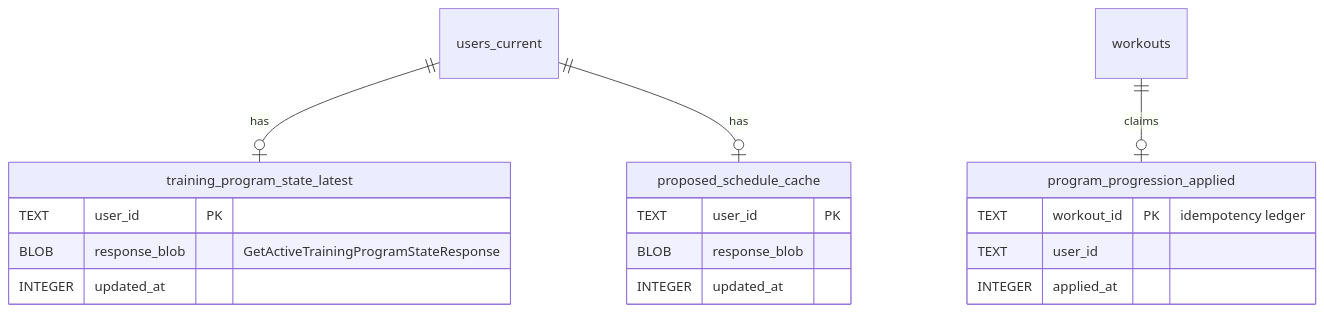
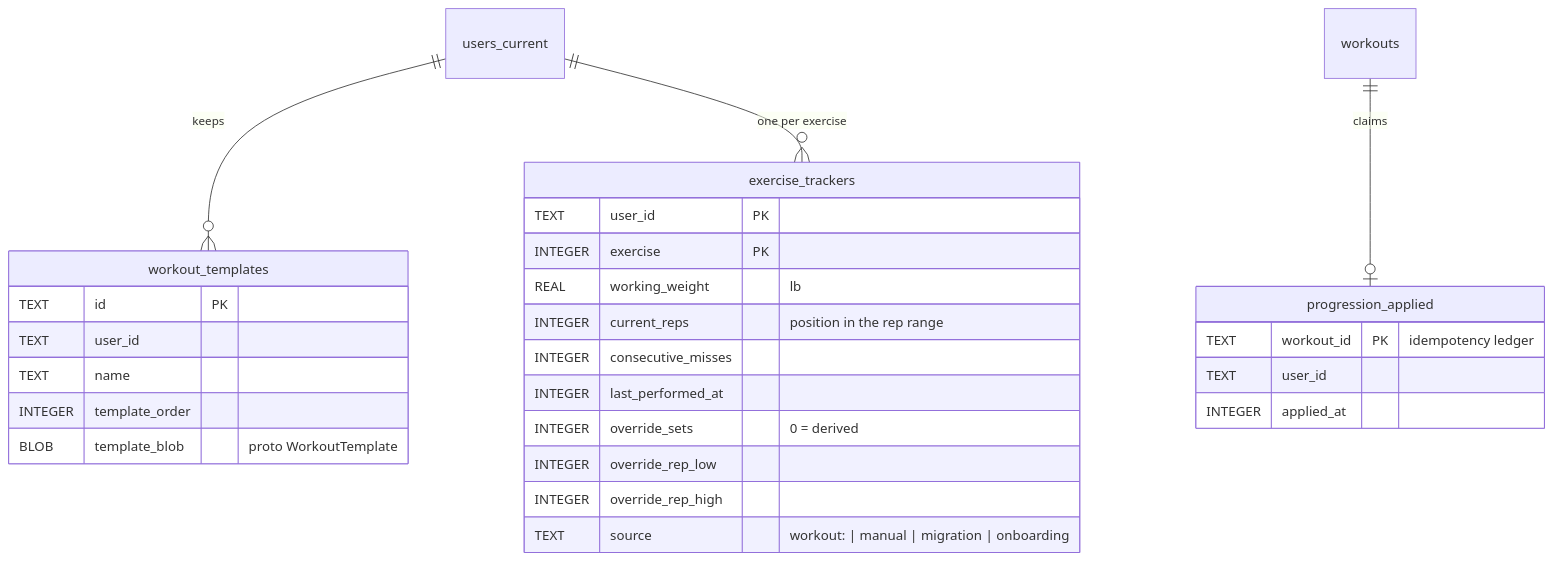
The fourth of 4 diagrams in docs/architecture/data-model.md (brensch/lift), drawn with Mermaid before and after one commit. The commit also changed other lines of this file and 12 other files, not shown here.

First line of the commit message:
docs: architecture reference follows the cutover

````diff
--- a/docs/architecture/data-model.md
+++ b/docs/architecture/data-model.md
@@ -152,22 +149,31 @@
 ```mermaid
 erDiagram
-    users_current ||--o| training_program_state_latest : "has"
-    users_current ||--o| proposed_schedule_cache : "has"
-    workouts ||--o| program_progression_applied : "claims"
+    users_current ||--o{ workout_templates : "keeps"
+    users_current ||--o{ exercise_trackers : "one per exercise"
+    workouts ||--o| progression_applied : "claims"
 
-    training_program_state_latest {
+    workout_templates {
+        TEXT id PK
+        TEXT user_id
+        TEXT name
+        INTEGER template_order
+        BLOB template_blob "proto WorkoutTemplate"
+    }
+    exercise_trackers {
         TEXT user_id PK
-        BLOB response_blob "GetActiveTrainingProgramStateResponse"
-        INTEGER updated_at
+        INTEGER exercise PK
+        REAL working_weight "lb"
+        INTEGER current_reps "position in the rep range"
+        INTEGER consecutive_misses
+        INTEGER last_performed_at
+        INTEGER override_sets "0 = derived"
+        INTEGER override_rep_low
+        INTEGER override_rep_high
+        TEXT source "workout:<id> | manual | migration | onboarding"
     }
-    proposed_schedule_cache {
-        TEXT user_id PK
-        BLOB response_blob
-        INTEGER updated_at
-    }
-    program_progression_applied {
+    progression_applied {
         TEXT workout_id PK "idempotency ledger"
         TEXT user_id
         INTEGER applied_at
     }
 ```
````
